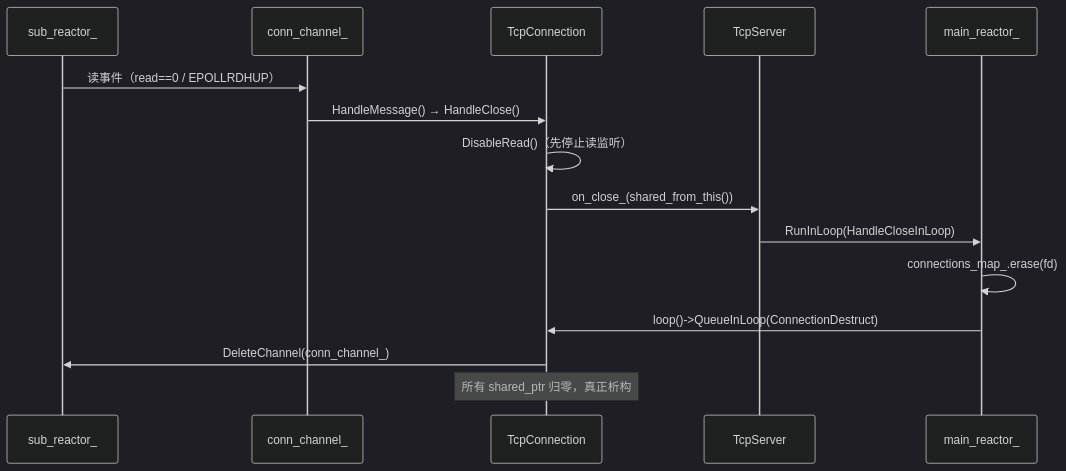
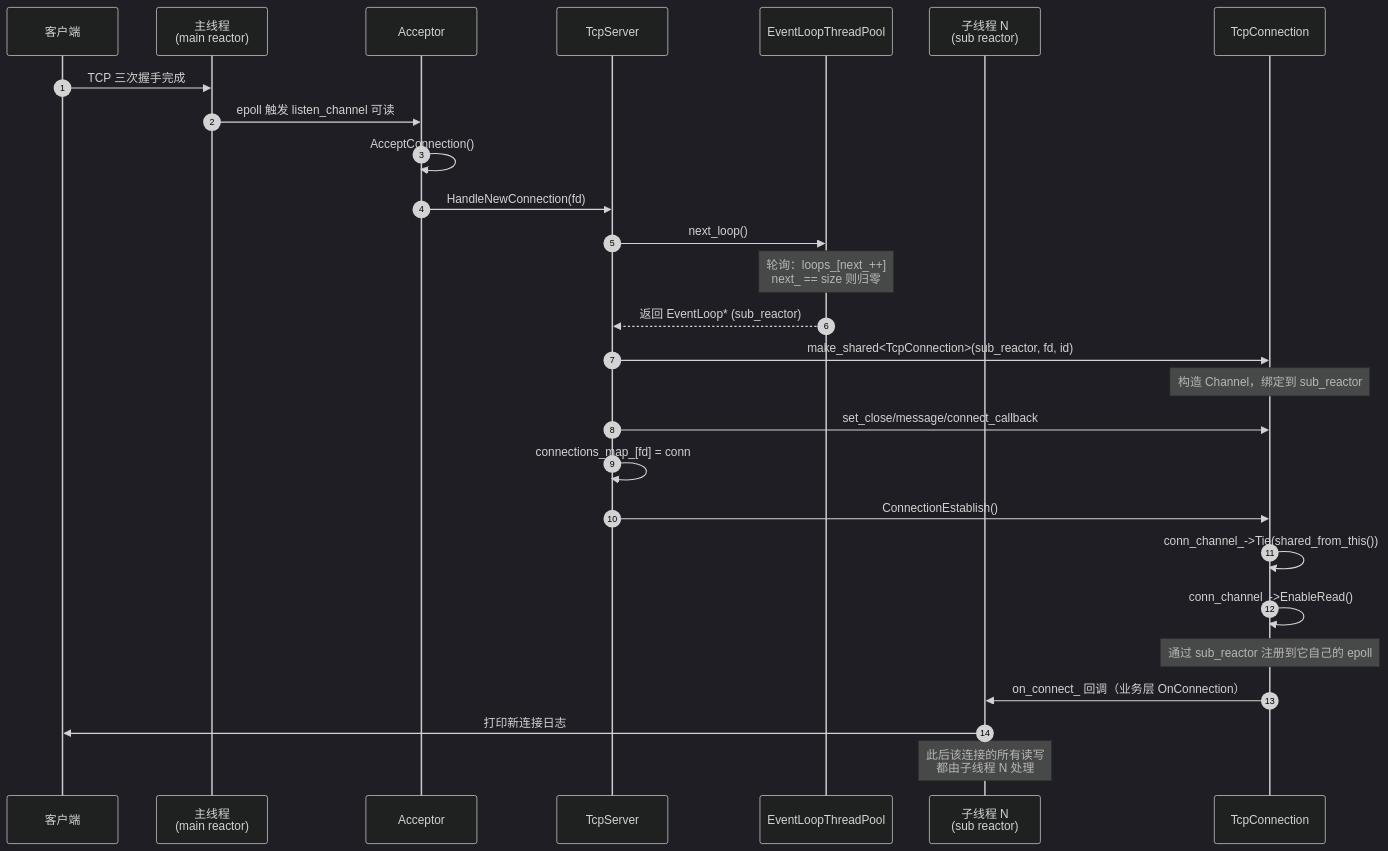
Before and after one commit to kame597/NetCoding: the diagram in day17/docs/map/newConnection.md, drawn with Mermaid (dark theme). The commit also changed 11 other files, not shown here.

````diff
--- a/day17/docs/map/newConnection.md
+++ b/day17/docs/map/newConnection.md
@@ -1,19 +1,34 @@
 ```mermaid
 sequenceDiagram
-    participant Sub as sub_reactor_
-    participant Ch as conn_channel_
-    participant Conn as TcpConnection
-    participant Srv as TcpServer
-    participant Main as main_reactor_
+    autonumber
+    participant C as 客户端
+    participant M as 主线程<br/>(main reactor)
+    participant A as Acceptor
+    participant TS as TcpServer
+    participant P as EventLoopThreadPool
+    participant S as 子线程 N<br/>(sub reactor)
+    participant TC as TcpConnection
 
-    Sub->>Ch: 读事件（read==0 / EPOLLRDHUP）
-    Ch->>Conn: HandleMessage() → HandleClose()
-    Conn->>Conn: DisableRead()（先停止读监听）
-    Conn->>Srv: on_close_(shared_from_this())
-    Srv->>Main: RunInLoop(HandleCloseInLoop)
-    Main->>Main: connections_map_.erase(fd)
-    Main->>Conn: loop()->QueueInLoop(ConnectionDestruct)
-    Conn->>Sub: DeleteChannel(conn_channel_)
-    Note over Conn: 所有 shared_ptr 归零，真正析构
+    C->>M: TCP 三次握手完成
+    M->>A: epoll 触发 listen_channel 可读
+    A->>A: AcceptConnection()
+    A->>TS: HandleNewConnection(fd)
 
+    TS->>P: next_loop()
+    Note over P: 轮询：loops_[next_++]<br/>next_ == size 则归零
+    P-->>TS: 返回 EventLoop* (sub_reactor)
+
+    TS->>TC: make_shared<TcpConnection>(sub_reactor, fd, id)
+    Note over TC: 构造 Channel，绑定到 sub_reactor
+    TS->>TC: set_close/message/connect_callback
+    TS->>TS: connections_map_[fd] = conn
+    TS->>TC: ConnectionEstablish()
+
+    TC->>TC: conn_channel_->Tie(shared_from_this())
+    TC->>TC: conn_channel_->EnableRead()
+    Note over TC: 通过 sub_reactor 注册到它自己的 epoll
+    TC->>S: on_connect_ 回调（业务层 OnConnection）
+    S->>C: 打印新连接日志
+
+    Note over S: 此后该连接的所有读写<br/>都由子线程 N 处理
 ```
````
